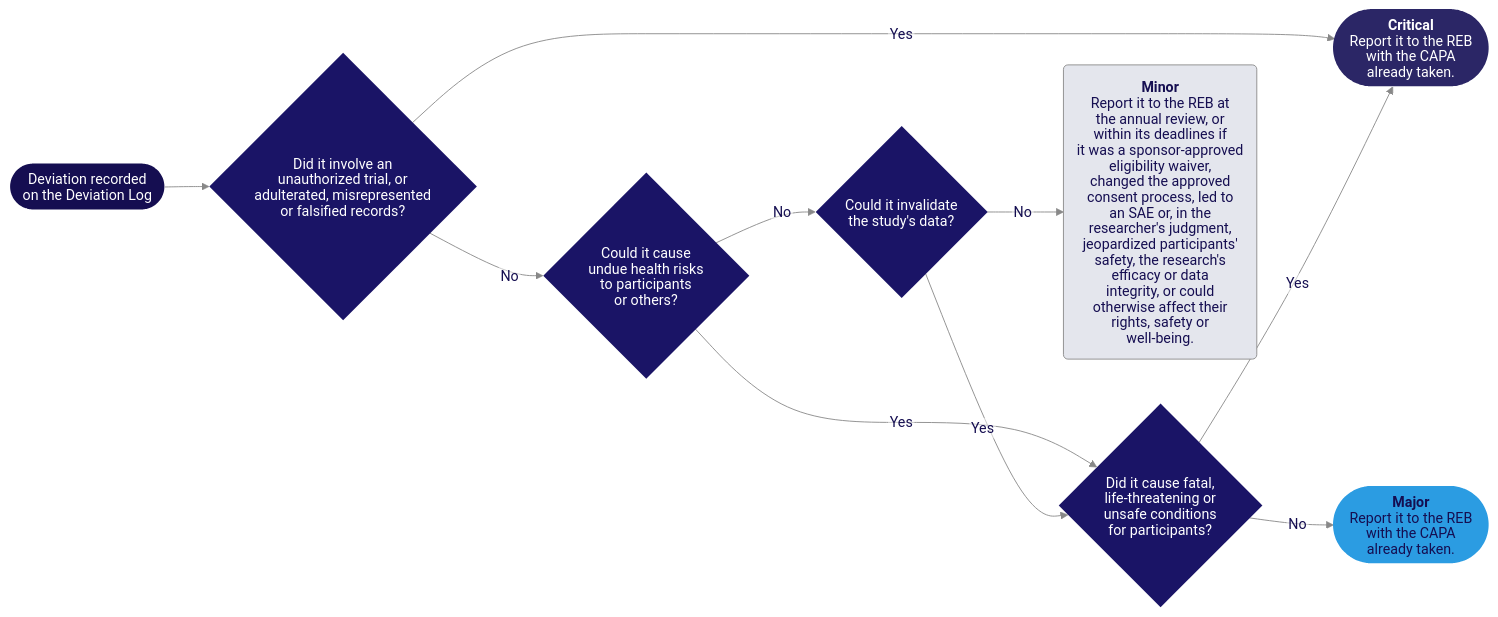
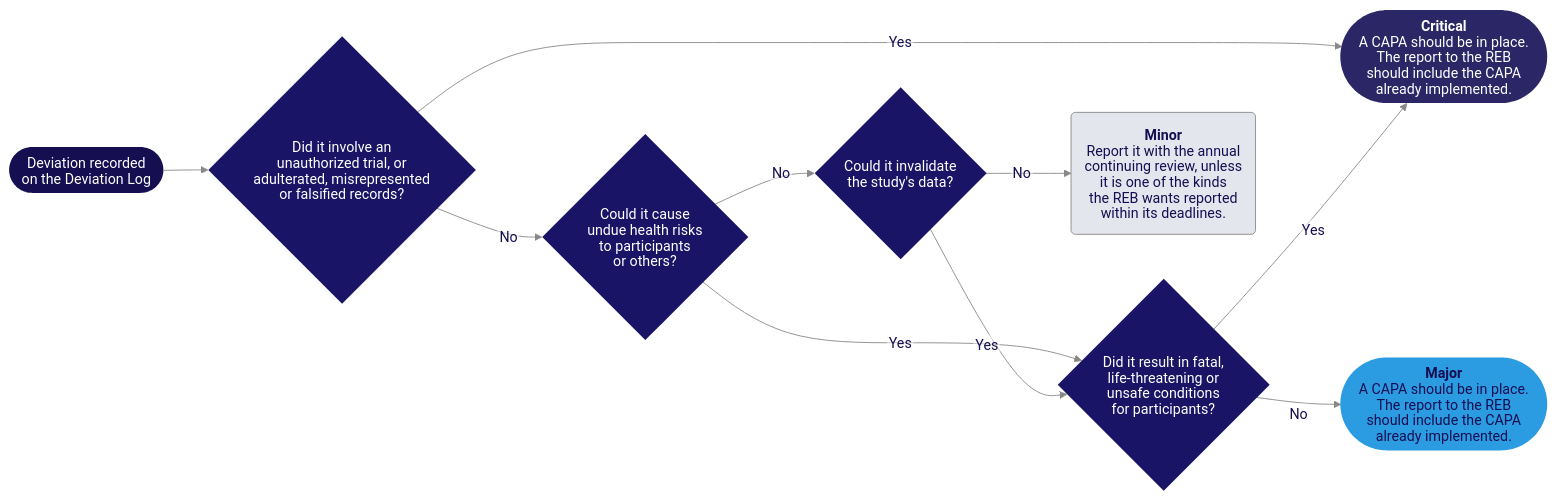
Before and after one commit to matthewfiorentino/docs: the diagram in images/diagrams/deviation-severity.mmd, drawn with Mermaid. The commit also changed 4 other files, not shown here.

First line of the commit message:
Oversight pages rewritten; deviation diagram regenerated (U01 1560)

```diff
--- a/images/diagrams/deviation-severity.mmd
+++ b/images/diagrams/deviation-severity.mmd
@@ -1,21 +1,21 @@
 %%{init: {'theme':'base','htmlLabels':false,'flowchart':{'htmlLabels':false,'subGraphTitleMargin':{'top':14,'bottom':10}},'themeVariables':{'primaryColor':'#2b2666','primaryTextColor':'#ffffff','primaryBorderColor':'#2b2666','lineColor':'#888','edgeLabelBackground':'#ffffff','titleColor':'#150e51','fontFamily':'system-ui,sans-serif'}}}%%
 flowchart LR
     S(["Deviation recorded<br/>on the Deviation Log"]) --> Q4{"Did it involve an<br/>unauthorized trial, or<br/>adulterated, misrepresented<br/>or falsified records?"}
     Q4 -->|"Yes"| CRIT
     Q4 -->|"No"| Q1{"Could it cause<br/>undue health risks<br/>to participants<br/>or others?"}
     Q1 -->|"No"| Q2{"Could it invalidate<br/>the study's data?"}
-    Q1 -->|"Yes"| Q3{"Did it cause fatal,<br/>life-threatening or<br/>unsafe conditions<br/>for participants?"}
+    Q1 -->|"Yes"| Q3{"Did it result in fatal,<br/>life-threatening or<br/>unsafe conditions<br/>for participants?"}
     Q2 -->|"Yes"| Q3
-    Q2 -->|"No"| MINOR("`**Minor**<br/>Report it to the REB at<br/>the annual review, or<br/>within its deadlines if<br/>it was a sponsor-approved<br/>eligibility waiver,<br/>changed the approved<br/>consent process, led to<br/>an SAE or, in the<br/>researcher's judgment,<br/>jeopardized participants'<br/>safety, the research's<br/>efficacy or data<br/>integrity, or could<br/>otherwise affect their<br/>rights, safety or<br/>well-being.`")
-    Q3 -->|"Yes"| CRIT(["`**Critical**<br/>Report it to the REB<br/>with the CAPA<br/>already taken.`"])
-    Q3 -->|"No"| MAJOR(["`**Major**<br/>Report it to the REB<br/>with the CAPA<br/>already taken.`"])
+    Q2 -->|"No"| MINOR("`**Minor**<br/>Report it with the annual<br/>continuing review, unless<br/>it is one of the kinds<br/>the REB wants reported<br/>within its deadlines.`")
+    Q3 -->|"Yes"| CRIT(["`**Critical**<br/>A CAPA should be in place.<br/>The report to the REB<br/>should include the CAPA<br/>already implemented.`"])
+    Q3 -->|"No"| MAJOR(["`**Major**<br/>A CAPA should be in place.<br/>The report to the REB<br/>should include the CAPA<br/>already implemented.`"])
 
     style S fill:#150e51,color:#fff,stroke:none
     style Q1 fill:#1a1466,color:#fff,stroke:none
     style Q2 fill:#1a1466,color:#fff,stroke:none
     style Q3 fill:#1a1466,color:#fff,stroke:none
     style Q4 fill:#1a1466,color:#fff,stroke:none
     style MINOR fill:#e4e6ed,color:#150e51,stroke:#888
     style MAJOR fill:#2b9ce2,color:#150e51,stroke:none
     style CRIT fill:#2b2666,color:#fff,stroke:none
     linkStyle default color:#150e51
```
